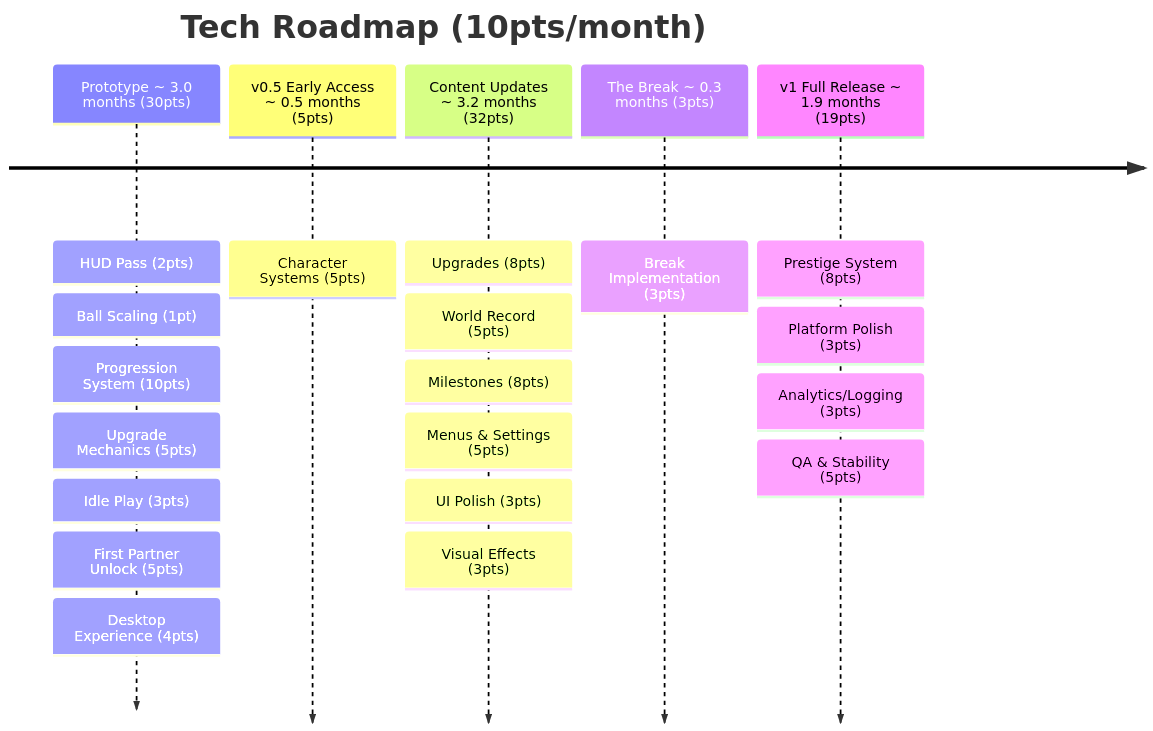
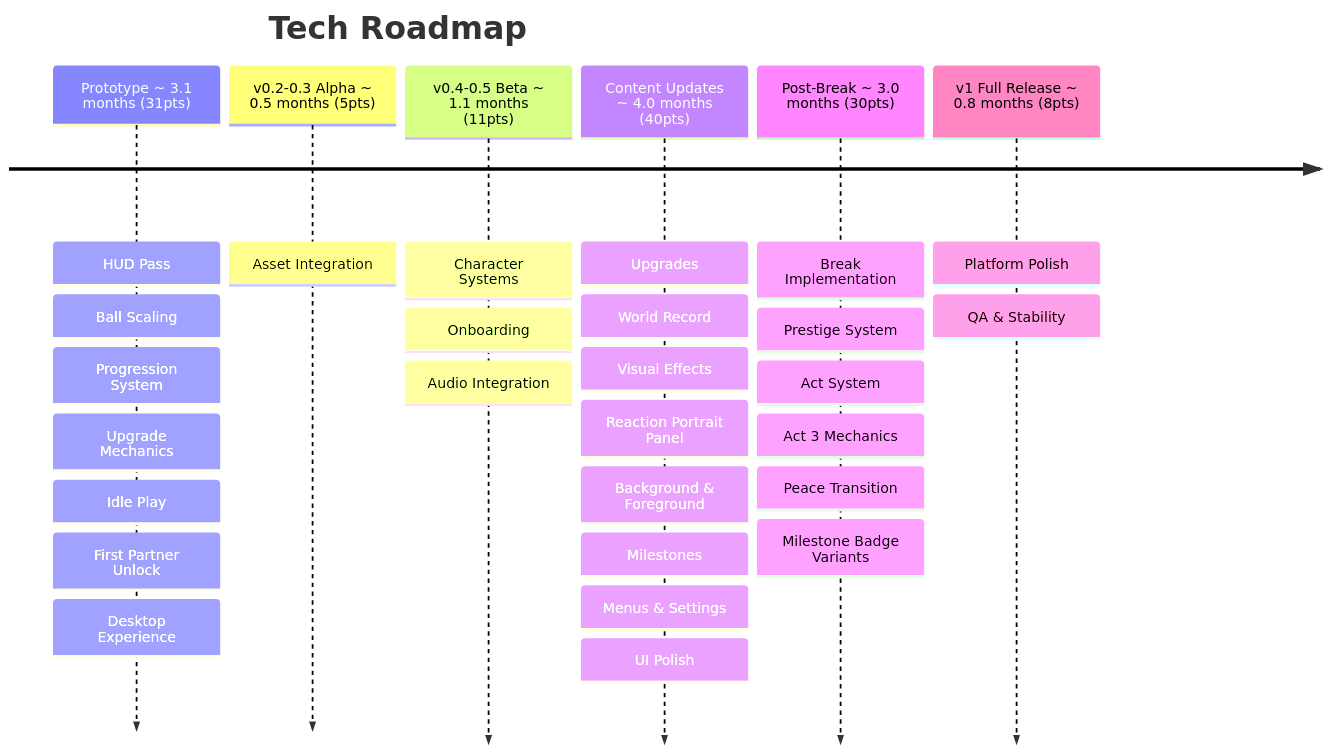
One commit to shuck-dev/volley changed the diagram in designs/roadmaps/roadmap-tech.md. Above: the diagram before and after it, drawn with Mermaid. The commit also changed other lines of this file and 7 other files, not shown here.

Commit message:
docs: added post break and moved stuff around

````diff
--- a/designs/roadmaps/roadmap-tech.md
+++ b/designs/roadmaps/roadmap-tech.md
@@ -3,33 +3,43 @@
 ```mermaid
 timeline
-    title Tech Roadmap (10pts/month)
+    title Tech Roadmap
 
-    Prototype ~ 3.0 months (30pts)
-        : HUD Pass (2pts)
-        : Ball Scaling (1pt)
-        : Progression System (10pts)
-        : Upgrade Mechanics (5pts)
-        : Idle Play (3pts)
-        : First Partner Unlock (5pts)
-        : Desktop Experience (4pts)
+    Prototype ~ 3.1 months (31pts)
+        : HUD Pass
+        : Ball Scaling
+        : Progression System
+        : Upgrade Mechanics
+        : Idle Play
+        : First Partner Unlock
+        : Desktop Experience
 
-    v0.5 Early Access ~ 0.5 months (5pts)
-        : Character Systems (5pts)
+    v0.2-0.3 Alpha ~ 0.5 months (5pts)
+        : Asset Integration
 
-    Content Updates ~ 3.2 months (32pts)
-        : Upgrades (8pts)
-        : World Record (5pts)
-        : Milestones (8pts)
-        : Menus & Settings (5pts)
-        : UI Polish (3pts)
-        : Visual Effects (3pts)
+    v0.4-0.5 Beta ~ 1.1 months (11pts)
+        : Character Systems
+        : Onboarding
+        : Audio Integration
 
-    The Break ~ 0.3 months (3pts)
-        : Break Implementation (3pts)
+    Content Updates ~ 4.0 months (40pts)
+        : Upgrades
+        : World Record
+        : Visual Effects
+        : Reaction Portrait Panel
+        : Background & Foreground
+        : Milestones
+        : Menus & Settings
+        : UI Polish
 
-    v1 Full Release ~ 1.9 months (19pts)
-        : Prestige System (8pts)
-        : Platform Polish (3pts)
-        : Analytics/Logging (3pts)
-        : QA & Stability (5pts)
+    Post-Break ~ 3.0 months (30pts)
+        : Break Implementation
+        : Prestige System
+        : Act System
+        : Act 3 Mechanics
+        : Peace Transition
+        : Milestone Badge Variants
+
+    v1 Full Release ~ 0.8 months (8pts)
+        : Platform Polish
+        : QA & Stability
 ```
````
